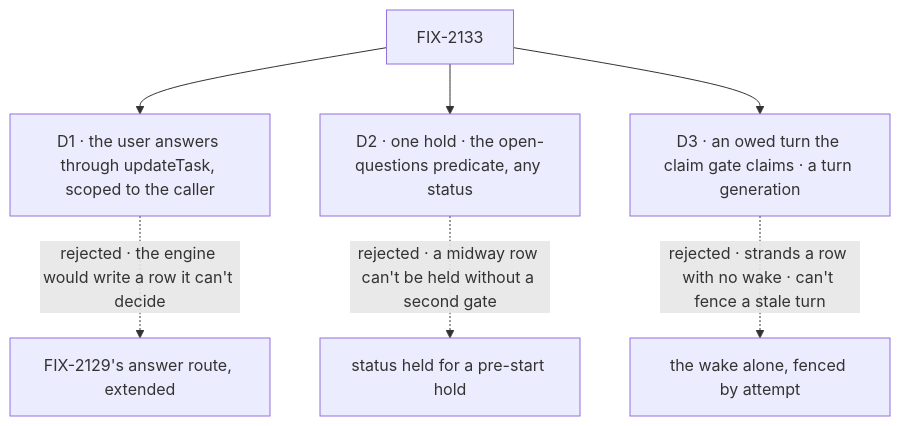
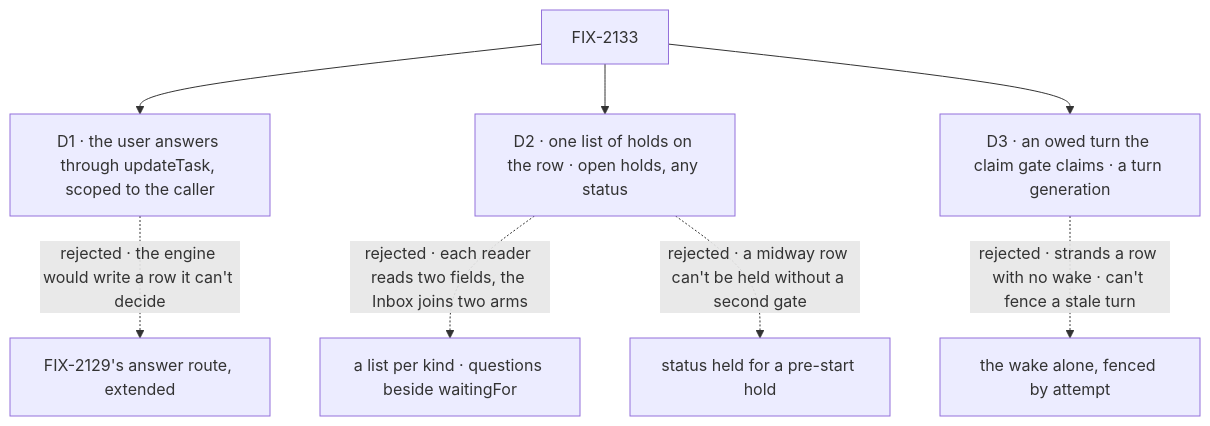
Before and after one commit to fixpoint-labs/flow-state-dev: the diagram in specs/issues/FIX-2133/DECISIONS.md, drawn with Mermaid. The commit also changed other lines of this file and 12 other files, not shown here.

First line of the commit message:
spec(FIX-2058): one list of holds per task, the Inbox one item type over open holds

````diff
--- a/specs/issues/FIX-2133/DECISIONS.md
+++ b/specs/issues/FIX-2133/DECISIONS.md
@@ -11,9 +14,10 @@
 ```mermaid
 flowchart TD
   I["FIX-2133"] --> D1["D1 · the user answers through updateTask, scoped to the caller"]
   D1 -.->|"rejected · the engine would write a row it can't decide"| X3["FIX-2129's answer route, extended"]
-  I --> D2["D2 · one hold · the open-questions predicate, any status"]
+  I --> D2["D2 · one list of holds on the row · open holds, any status"]
+  D2 -.->|"rejected · each reader reads two fields, the Inbox joins two arms"| X4["a list per kind · questions beside waitingFor"]
   D2 -.->|"rejected · a midway row can't be held without a second gate"| X1["status held for a pre-start hold"]
   I --> D3["D3 · an owed turn the claim gate claims · a turn generation"]
   D3 -.->|"rejected · strands a row with no wake · can't fence a stale turn"| X2["the wake alone, fenced by attempt"]
 ```
````
